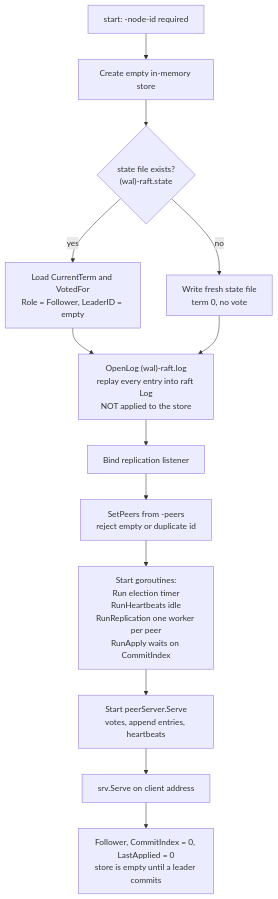
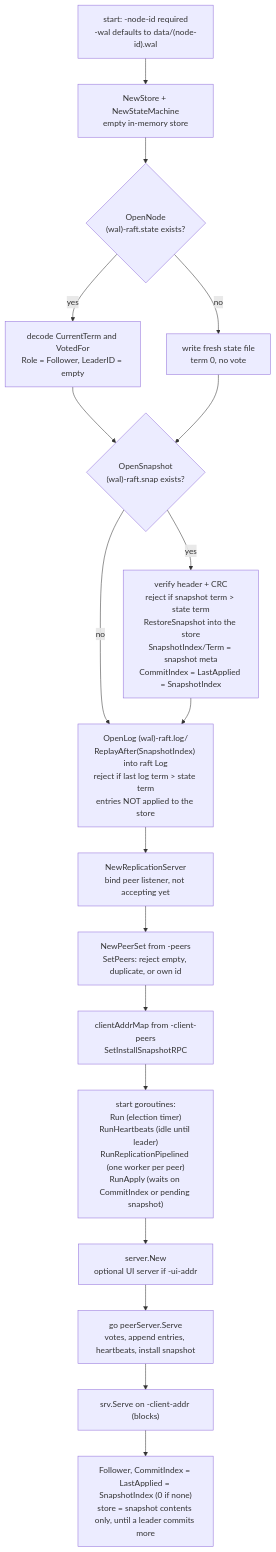
One commit to Tarun-Elango/hobbyDB changed the first of 4 diagrams in flow/2. node-startup.md. Above: the diagram before and after it, drawn with Mermaid. The commit also changed other lines of this file and 8 other files, not shown here.

Commit message:
udpating results and state diagrams

````diff
--- a/flow/2. node-startup.md
+++ b/flow/2. node-startup.md
@@ -7,15 +15,20 @@
 ```mermaid
 flowchart TD
-    A["start: -node-id required"] --> B[Create empty in-memory store]
-    B --> C{"state file exists?<br/>(wal)-raft.state"}
-    C -->|yes| D[Load CurrentTerm and VotedFor<br/>Role = Follower, LeaderID = empty]
-    C -->|no| E[Write fresh state file<br/>term 0, no vote]
-    D --> F
-    E --> F["OpenLog (wal)-raft.log<br/>replay every entry into raft Log<br/>NOT applied to the store"]
-    F --> G[Bind replication listener]
-    G --> H[SetPeers from -peers<br/>reject empty or duplicate id]
-    H --> I[Start goroutines:<br/>Run election timer<br/>RunHeartbeats idle<br/>RunReplication one worker per peer<br/>RunApply waits on CommitIndex]
-    I --> J[Start peerServer.Serve<br/>votes, append entries, heartbeats]
-    J --> K[srv.Serve on client address]
-    K --> L["Follower, CommitIndex = 0, LastApplied = 0<br/>store is empty until a leader commits"]
+    A["start: -node-id required<br/>-wal defaults to data/(node-id).wal"] --> B["NewStore + NewStateMachine<br/>empty in-memory store"]
+    B --> C{"OpenNode<br/>(wal)-raft.state exists?"}
+    C -->|yes| D["decode CurrentTerm and VotedFor<br/>Role = Follower, LeaderID = empty"]
+    C -->|no| E["write fresh state file<br/>term 0, no vote"]
+    D --> F{"OpenSnapshot<br/>(wal)-raft.snap exists?"}
+    E --> F
+    F -->|no| H
+    F -->|yes| G["verify header + CRC<br/>reject if snapshot term > state term<br/>RestoreSnapshot into the store<br/>SnapshotIndex/Term = snapshot meta<br/>CommitIndex = LastApplied = SnapshotIndex"]
+    G --> H["OpenLog (wal)-raft.log/<br/>ReplayAfter(SnapshotIndex) into raft Log<br/>reject if last log term > state term<br/>entries NOT applied to the store"]
+    H --> I["NewReplicationServer<br/>bind peer listener, not accepting yet"]
+    I --> J["NewPeerSet from -peers<br/>SetPeers: reject empty, duplicate, or own id"]
+    J --> K["clientAddrMap from -client-peers<br/>SetInstallSnapshotRPC"]
+    K --> L["start goroutines:<br/>Run (election timer)<br/>RunHeartbeats (idle until leader)<br/>RunReplicationPipelined (one worker per peer)<br/>RunApply (waits on CommitIndex or pending snapshot)"]
+    L --> M["server.New<br/>optional UI server if -ui-addr"]
+    M --> N["go peerServer.Serve<br/>votes, append entries, heartbeats, install snapshot"]
+    N --> O["srv.Serve on -client-addr (blocks)"]
+    O --> P["Follower, CommitIndex = LastApplied = SnapshotIndex (0 if none)<br/>store = snapshot contents only, until a leader commits more"]
 ```
````
